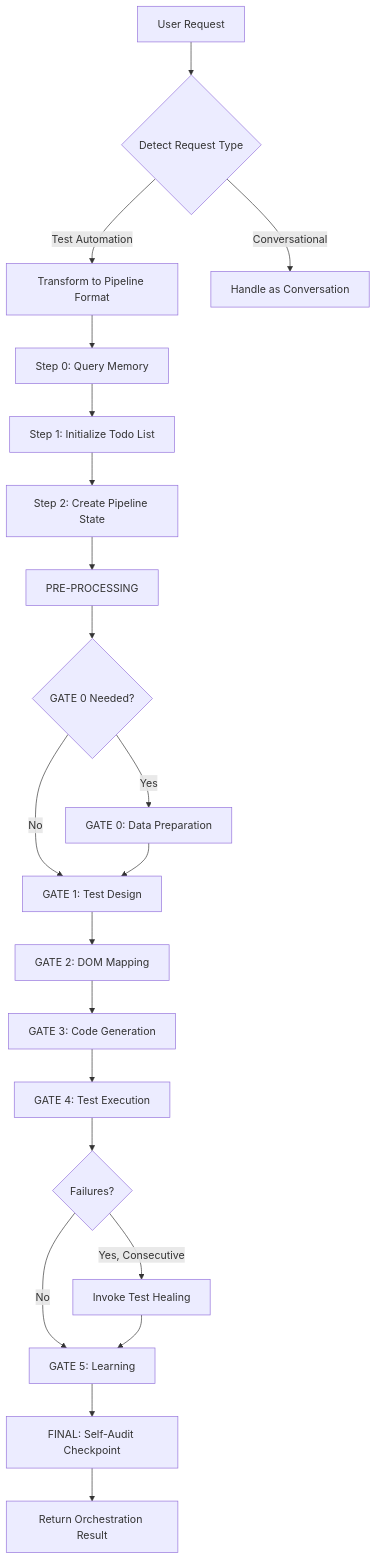
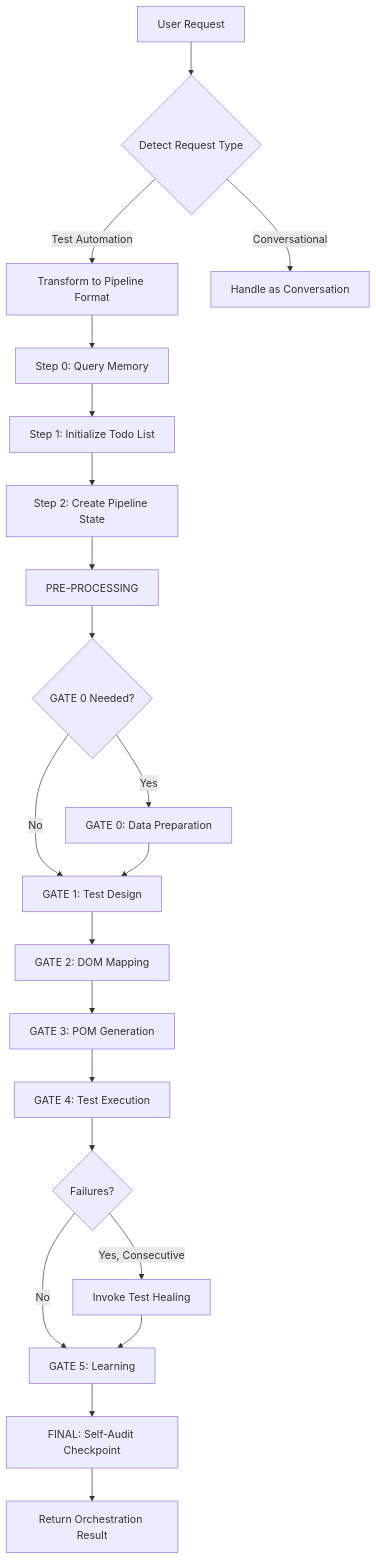
The diagram in .github/copilot-instructions.md (DangKienTuong/QAAgent), drawn with Mermaid before and after one commit. The commit also changed other lines of this file, not shown here.

Commit message:
fix: pom agent not loaded

````diff
--- a/.github/copilot-instructions.md
+++ b/.github/copilot-instructions.md
@@ -285,23 +285,23 @@
 ```mermaid
 flowchart TD
     A[User Request] --> B{Detect Request Type}
     B -->|Test Automation| C[Transform to Pipeline Format]
     B -->|Conversational| Z[Handle as Conversation]
     C --> D[Step 0: Query Memory]
     D --> E[Step 1: Initialize Todo List]
     E --> F[Step 2: Create Pipeline State]
     F --> G[PRE-PROCESSING]
     G --> H{GATE 0 Needed?}
     H -->|Yes| I[GATE 0: Data Preparation]
     H -->|No| J[GATE 1: Test Design]
     I --> J
     J --> K[GATE 2: DOM Mapping]
-    K --> L[GATE 3: Code Generation]
+    K --> L[GATE 3: POM Generation]
     L --> M[GATE 4: Test Execution]
     M --> N{Failures?}
     N -->|Yes, Consecutive| O[Invoke Test Healing]
     N -->|No| P[GATE 5: Learning]
     O --> P
     P --> Q[FINAL: Self-Audit Checkpoint]
     Q --> R[Return Orchestration Result]
 ```
````
